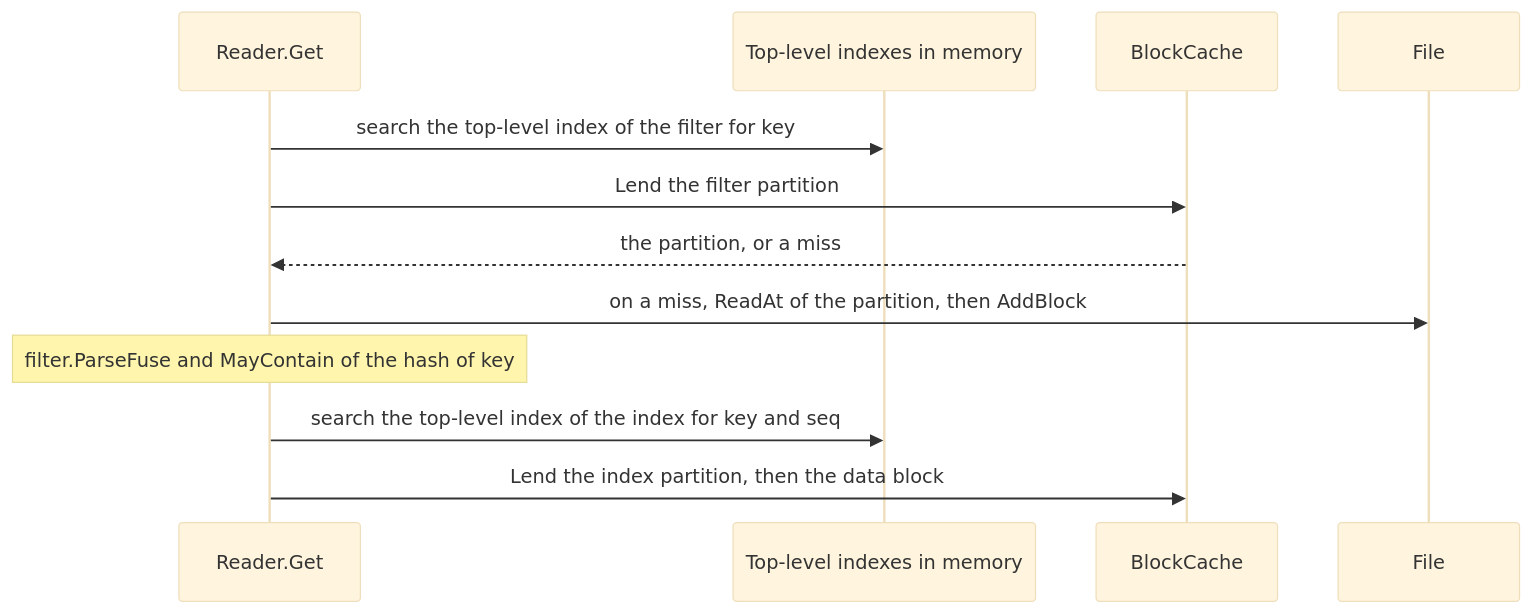
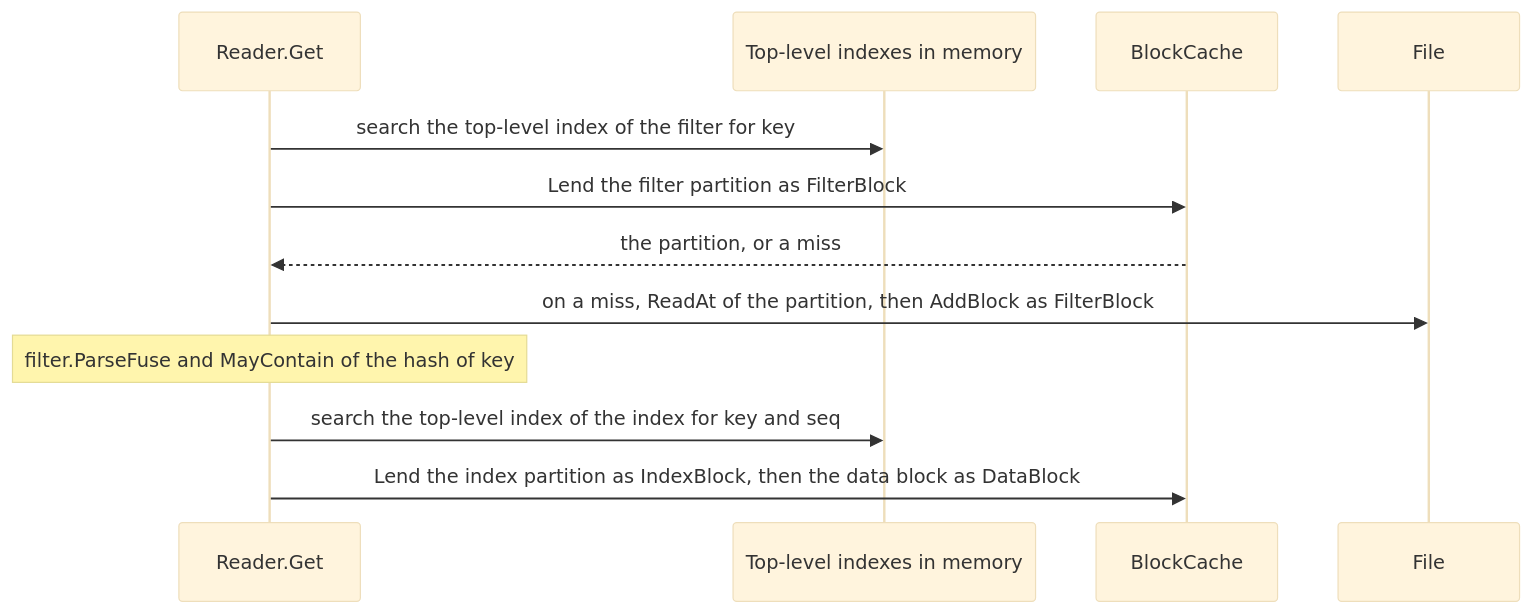
The diagram in docs/rfc/0077-partitioned-index-and-filters.md (thesm-os/core), drawn with Mermaid (base theme) before and after one commit. The commit also changed other lines of this file and 2 other files, not shown here.

Commit message:
docs(rfc): add block roles and table identities to the cache RFCs
- Pass the role of each block to LendingCache.Lend and AddBlock in
  RFC-0075.
- Add blockcache.Cache.NewID to RFC-0075 for the identities of the
  tables that share a cache.
- Name the role of each partition in the reads of RFC-0077.

````diff
--- a/docs/rfc/0077-partitioned-index-and-filters.md
+++ b/docs/rfc/0077-partitioned-index-and-filters.md
@@ -185,14 +185,14 @@
 ```mermaid
 sequenceDiagram
     participant G as Reader.Get
     participant M as Top-level indexes in memory
     participant C as BlockCache
     participant F as File
     G->>M: search the top-level index of the filter for key
-    G->>C: Lend the filter partition
+    G->>C: Lend the filter partition as FilterBlock
     C-->>G: the partition, or a miss
-    G->>F: on a miss, ReadAt of the partition, then AddBlock
+    G->>F: on a miss, ReadAt of the partition, then AddBlock as FilterBlock
     Note over G: filter.ParseFuse and MayContain of the hash of key
     G->>M: search the top-level index of the index for key and seq
-    G->>C: Lend the index partition, then the data block
+    G->>C: Lend the index partition as IndexBlock, then the data block as DataBlock
 ```
````
